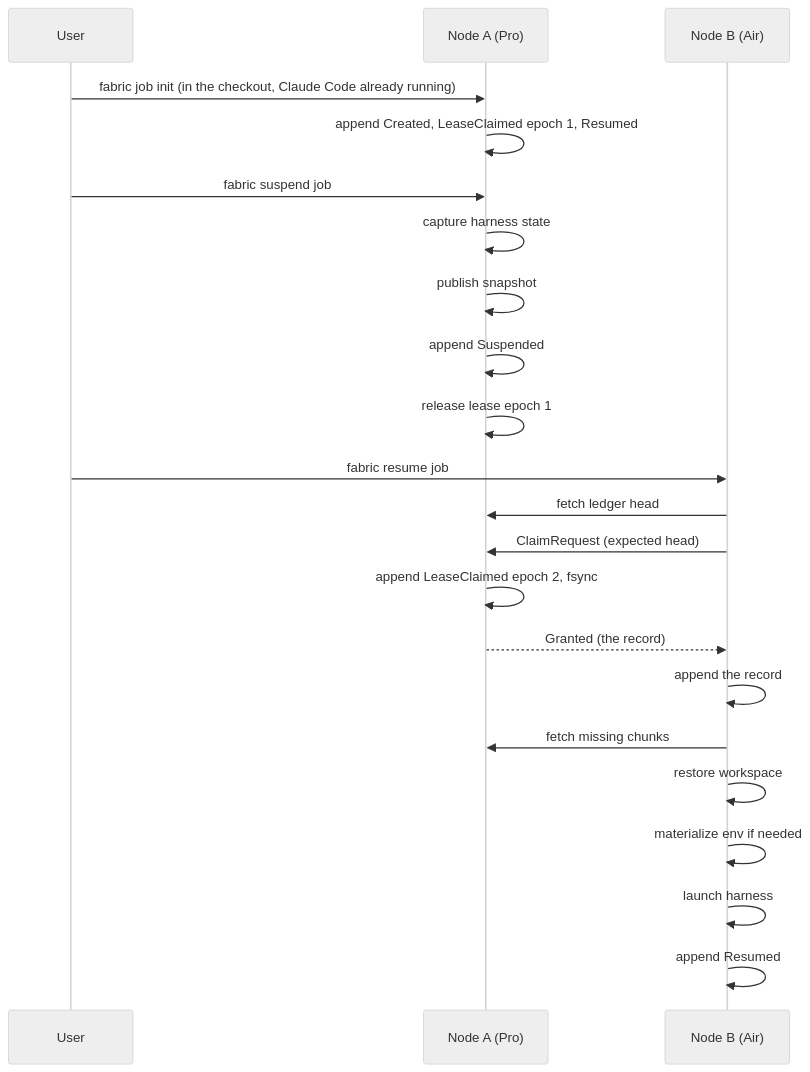
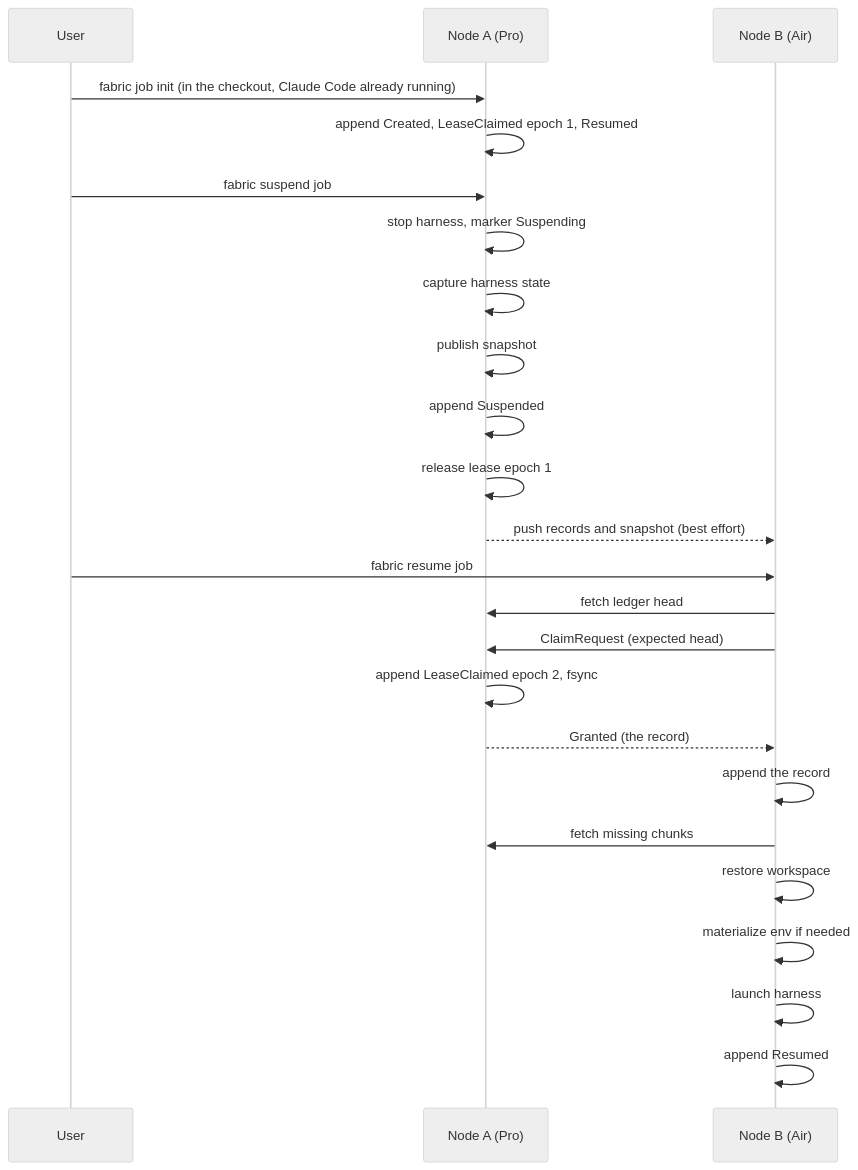
One commit to EfeDurmaz16/fabric changed the diagram in docs/architecture.md. Above: the diagram before and after it, drawn with Mermaid (neutral theme). The commit also changed other lines of this file and 3 other files, not shown here.

First line of the commit message:
docs(architecture): align cross-references with the fix round

````diff
--- a/docs/architecture.md
+++ b/docs/architecture.md
@@ -74,24 +74,26 @@
 ```mermaid
 sequenceDiagram
     participant U as User
     participant A as Node A (Pro)
     participant B as Node B (Air)
     U->>A: fabric job init (in the checkout, Claude Code already running)
     A->>A: append Created, LeaseClaimed epoch 1, Resumed
     U->>A: fabric suspend job
+    A->>A: stop harness, marker Suspending
     A->>A: capture harness state
     A->>A: publish snapshot
     A->>A: append Suspended
     A->>A: release lease epoch 1
+    A-->>B: push records and snapshot (best effort)
     U->>B: fabric resume job
     B->>A: fetch ledger head
     B->>A: ClaimRequest (expected head)
     A->>A: append LeaseClaimed epoch 2, fsync
     A-->>B: Granted (the record)
     B->>B: append the record
     B->>A: fetch missing chunks
     B->>B: restore workspace
     B->>B: materialize env if needed
     B->>B: launch harness
     B->>B: append Resumed
 ```
````
